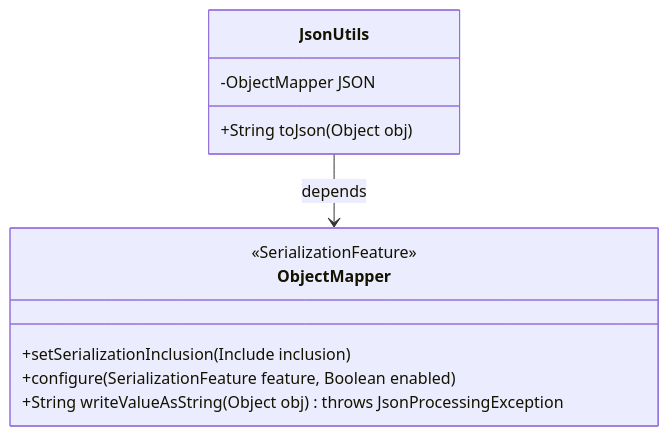
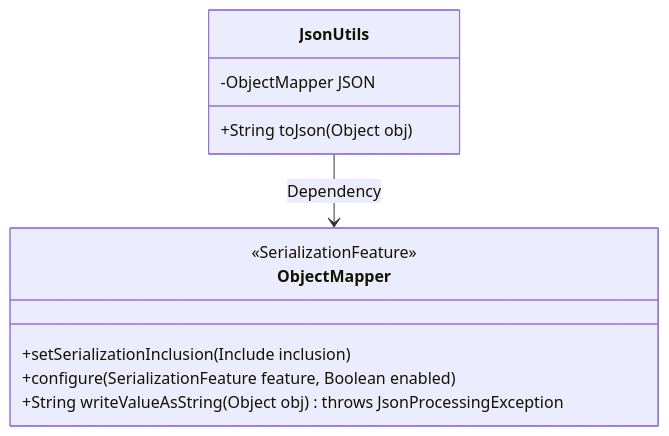
One commit to v-wjrong/rongwj666_weixin-java-miniapp-demo changed the first of 2 diagrams in docs/en/docs/src/main/java/com/github/binarywang/demo/wx/miniapp/utils/JsonUtils.md. Above: the diagram before and after it, drawn with Mermaid. The commit also changed other lines of this file and 37 other files, not shown here.

````diff
--- a/docs/en/docs/src/main/java/com/github/binarywang/demo/wx/miniapp/utils/JsonUtils.md
+++ b/docs/en/docs/src/main/java/com/github/binarywang/demo/wx/miniapp/utils/JsonUtils.md
@@ -36,16 +36,16 @@
 ```mermaid
 classDiagram
     class JsonUtils {
         -ObjectMapper JSON
         +String toJson(Object obj)
     }
 
     class ObjectMapper {
         <<SerializationFeature>>
         +setSerializationInclusion(Include inclusion)
         +configure(SerializationFeature feature, Boolean enabled)
         +String writeValueAsString(Object obj) throws JsonProcessingException
     }
 
-    JsonUtils --> ObjectMapper : depends
+    JsonUtils --> ObjectMapper : Dependency
 ```
````
